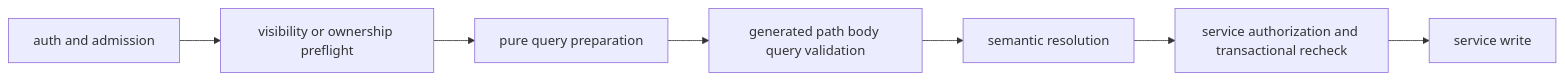
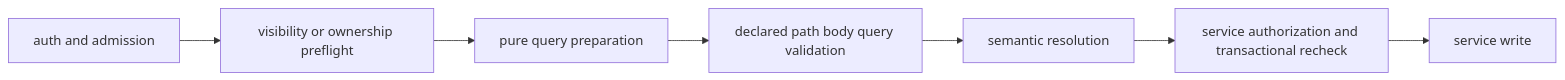
One commit to vouchington/vouchington changed the diagram in docs/requirements/api/reference-request-validation.md. Above: the diagram before and after it, drawn with Mermaid. The commit also changed other lines of this file and 81 other files, not shown here.

````diff
--- a/docs/requirements/api/reference-request-validation.md
+++ b/docs/requirements/api/reference-request-validation.md
@@ -11,9 +11,9 @@
 ```mermaid
 flowchart LR
   admission[auth and admission] --> preflight[visibility or ownership preflight]
   preflight --> prepare[pure query preparation]
-  prepare --> contract[generated path body query validation]
+  prepare --> contract[declared path body query validation]
   contract --> resolve[semantic resolution]
   resolve --> recheck[service authorization and transactional recheck]
   recheck --> write[service write]
 ```
````
